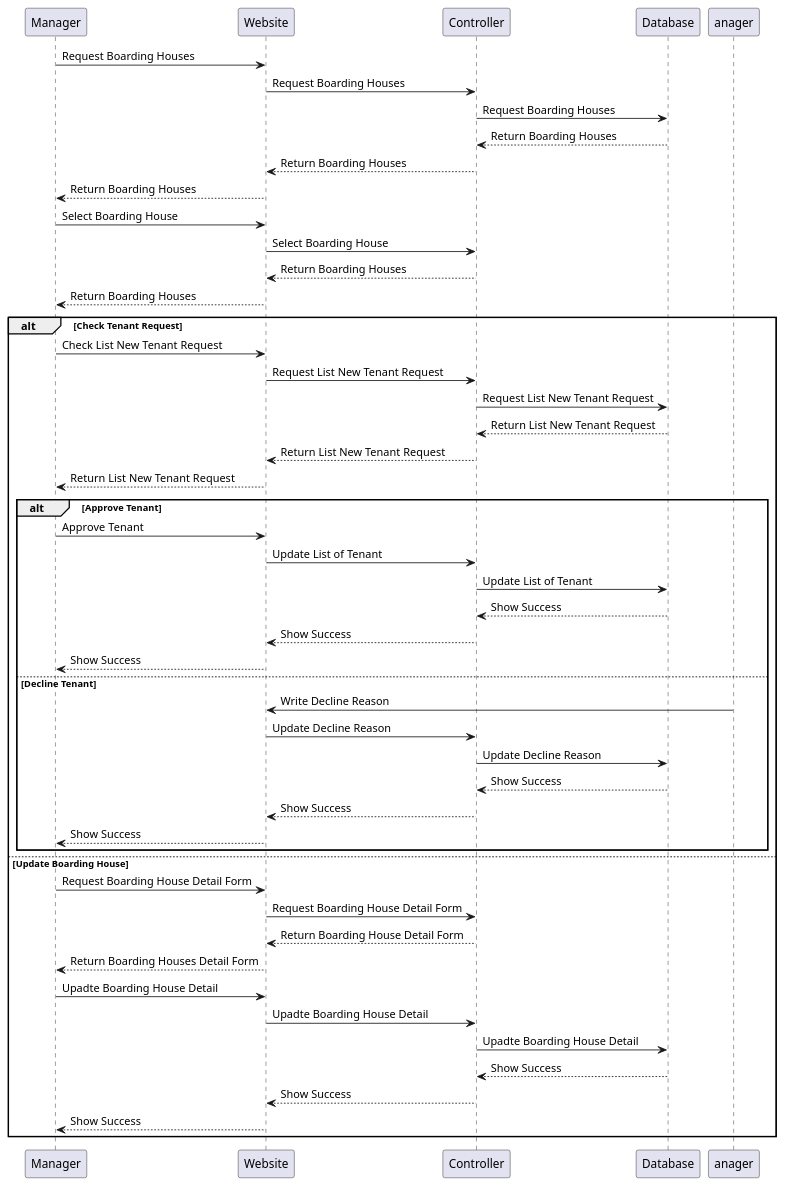
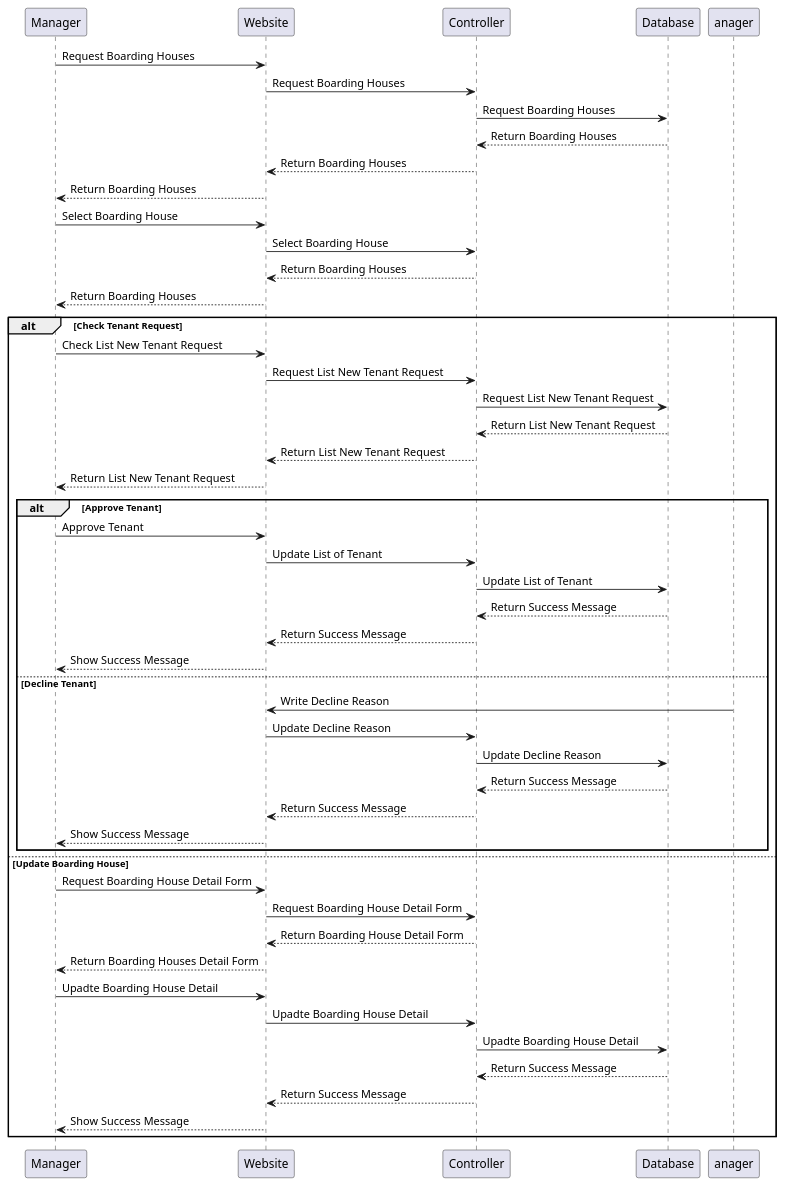
The diagram in Design/BHFMS_SEQUENCE/Boarding House (Manager).puml (AntWort21/BHFMS), drawn with PlantUML before and after one commit. The commit also changed 4 other files, not shown here.

```diff
--- a/Design/BHFMS_SEQUENCE/Boarding House (Manager).puml
+++ b/Design/BHFMS_SEQUENCE/Boarding House (Manager).puml
@@ -1,50 +1,50 @@
 @startuml
 
 Manager -> Website: Request Boarding Houses
 Website -> Controller: Request Boarding Houses
 Controller -> Database: Request Boarding Houses
 Controller <-- Database: Return Boarding Houses
 Website <-- Controller: Return Boarding Houses
 Manager <-- Website: Return Boarding Houses
 Manager -> Website: Select Boarding House
 Website -> Controller: Select Boarding House
 Website <-- Controller: Return Boarding Houses
 Manager <-- Website: Return Boarding Houses
 alt Check Tenant Request
 
     Manager -> Website: Check List New Tenant Request
     Website -> Controller: Request List New Tenant Request
     Controller -> Database: Request List New Tenant Request
     Controller <-- Database: Return List New Tenant Request
     Website <-- Controller: Return List New Tenant Request
     Manager <-- Website: Return List New Tenant Request
     alt Approve Tenant
         Manager -> Website: Approve Tenant
         Website -> Controller: Update List of Tenant
         Controller -> Database: Update List of Tenant
-        Controller <-- Database: Show Success
-        Website <-- Controller: Show Success
-        Manager <-- Website: Show Success
+        Controller <-- Database: Return Success Message
+        Website <-- Controller: Return Success Message
+        Manager <-- Website: Show Success Message
     else Decline Tenant
          anager -> Website: Write Decline Reason
         Website -> Controller: Update Decline Reason
         Controller -> Database: Update Decline Reason
-        Controller <-- Database:  Show Success
-        Website <-- Controller:  Show Success
-        Manager <-- Website:  Show Success
+        Controller <-- Database:  Return Success Message
+        Website <-- Controller:  Return Success Message
+        Manager <-- Website:  Show Success Message
     end
 else Update Boarding House
 
     Manager -> Website: Request Boarding House Detail Form
     Website -> Controller: Request Boarding House Detail Form
     Website <-- Controller: Return Boarding House Detail Form
     Manager <-- Website: Return Boarding Houses Detail Form
 
     Manager -> Website: Upadte Boarding House Detail
     Website -> Controller: Upadte Boarding House Detail
     Controller -> Database: Upadte Boarding House Detail
-    Controller <-- Database: Show Success
-    Website <-- Controller: Show Success
-    Manager <-- Website: Show Success
+    Controller <-- Database: Return Success Message
+    Website <-- Controller: Return Success Message
+    Manager <-- Website: Show Success Message
 end
 @enduml
```
